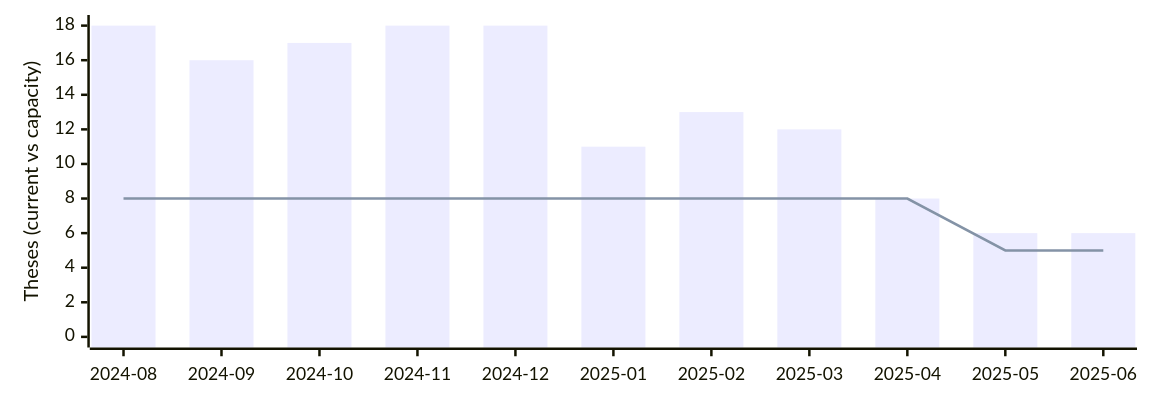
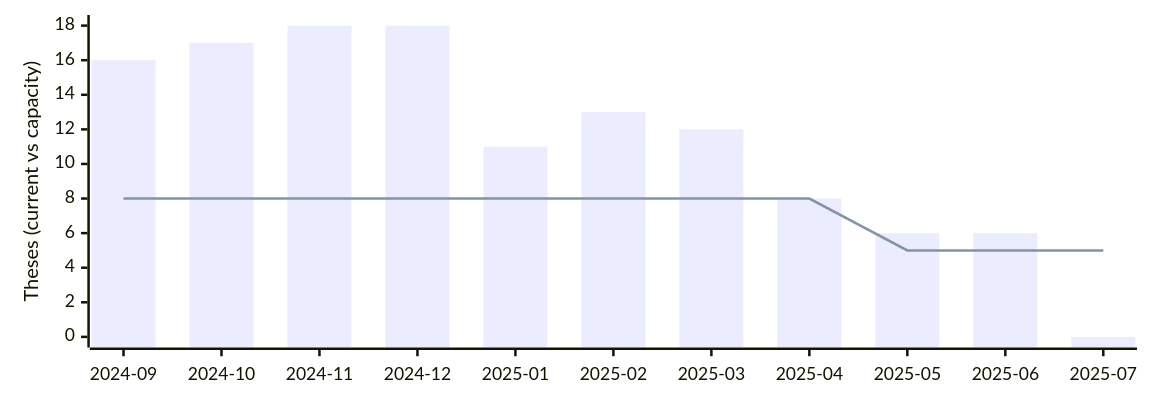
One commit to digital-work-lab/theses changed the diagram in _includes/availability.md. Above: the diagram before and after it, drawn with Mermaid.

Commit message:
Update availability chart

````diff
--- a/_includes/availability.md
+++ b/_includes/availability.md
@@ -2,13 +2,13 @@
 ```mermaid
 ---
 config:
     xyChart:
         width: 900
         height: 300
 ---
 xychart-beta
-    x-axis [2024-08, 2024-09, 2024-10, 2024-11, 2024-12, 2025-01, 2025-02, 2025-03, 2025-04, 2025-05, 2025-06]
+    x-axis [2024-09, 2024-10, 2024-11, 2024-12, 2025-01, 2025-02, 2025-03, 2025-04, 2025-05, 2025-06, 2025-07]
     y-axis "Theses (current vs capacity)" 0 --> 18
-    bar [18, 16, 17, 18, 18, 11, 13, 12, 8, 6, 6]
-    line [8, 8, 8, 8, 8, 8, 8, 8, 8, 5, 5]
+    bar [16, 17, 18, 18, 11, 13, 12, 8, 6, 6, 0]
+    line [8, 8, 8, 8, 8, 8, 8, 8, 5, 5, 5]
 ```
````
